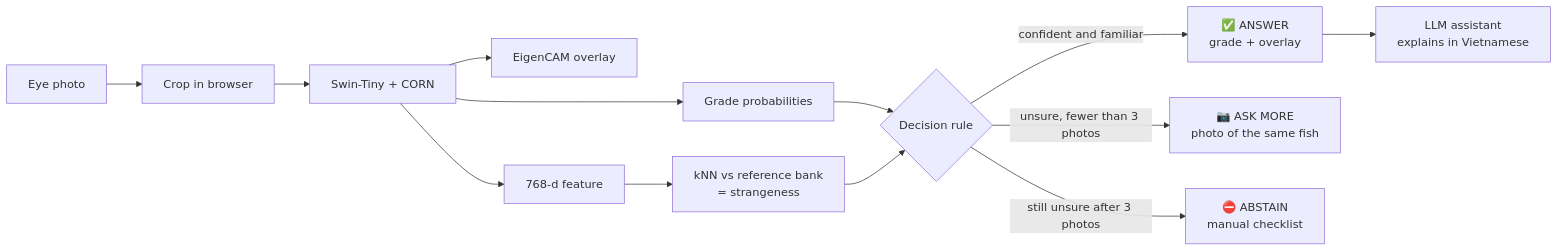
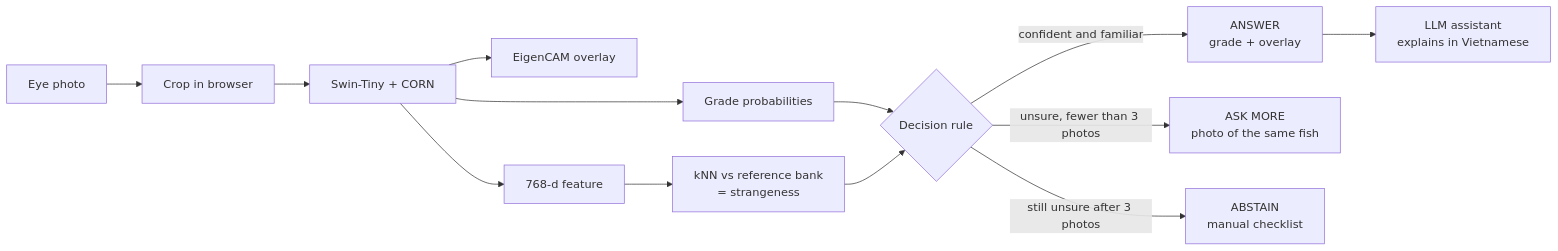
One commit to xuan-tu-ai/fresheye changed the diagram in README.md. Above: the diagram before and after it, drawn with Mermaid. The commit also changed other lines of this file and 1 other file, not shown here.

````diff
--- a/README.md
+++ b/README.md
@@ -61,15 +61,15 @@
 ```mermaid
 flowchart LR
     A[Eye photo] --> B[Crop in browser]
     B --> C[Swin-Tiny + CORN]
     C --> D[Grade probabilities]
     C --> E[EigenCAM overlay]
     C --> F[768-d feature]
     F --> G[kNN vs reference bank<br/>= strangeness]
     D --> H{Decision rule}
     G --> H
-    H -->|confident and familiar| I[✅ ANSWER<br/>grade + overlay]
-    H -->|unsure, fewer than 3 photos| J[📷 ASK MORE<br/>photo of the same fish]
-    H -->|still unsure after 3 photos| K[⛔ ABSTAIN<br/>manual checklist]
+    H -->|confident and familiar| I[ANSWER<br/>grade + overlay]
+    H -->|unsure, fewer than 3 photos| J[ASK MORE<br/>photo of the same fish]
+    H -->|still unsure after 3 photos| K[ABSTAIN<br/>manual checklist]
     I --> L[LLM assistant<br/>explains in Vietnamese]
 ```
````
